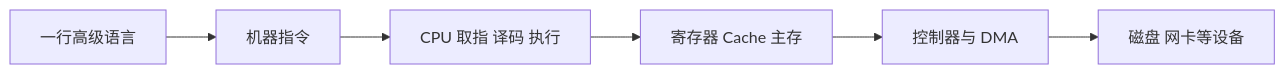
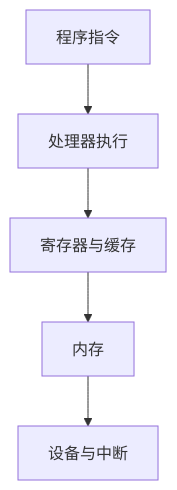
Before and after one commit to ranxi2001/zero2Leetcode: the diagram in 05_interview/fundamentals/cs-core/computer-organization/index.md, drawn with Mermaid. The commit also changed other lines of this file and 38 other files, not shown here.

````diff
--- a/05_interview/fundamentals/cs-core/computer-organization/index.md
+++ b/05_interview/fundamentals/cs-core/computer-organization/index.md
@@ -13,8 +16,7 @@
 ```mermaid
-flowchart LR
-    A["一行高级语言"] --> B["机器指令"]
-    B --> C["CPU 取指 译码 执行"]
-    C --> D["寄存器 Cache 主存"]
-    D --> E["控制器与 DMA"]
-    E --> F["磁盘 网卡等设备"]
+flowchart TD
+    A[程序指令] --> B[处理器执行]
+    B --> C[寄存器与缓存]
+    C --> D[内存]
+    D --> E[设备与中断]
 ```
````
